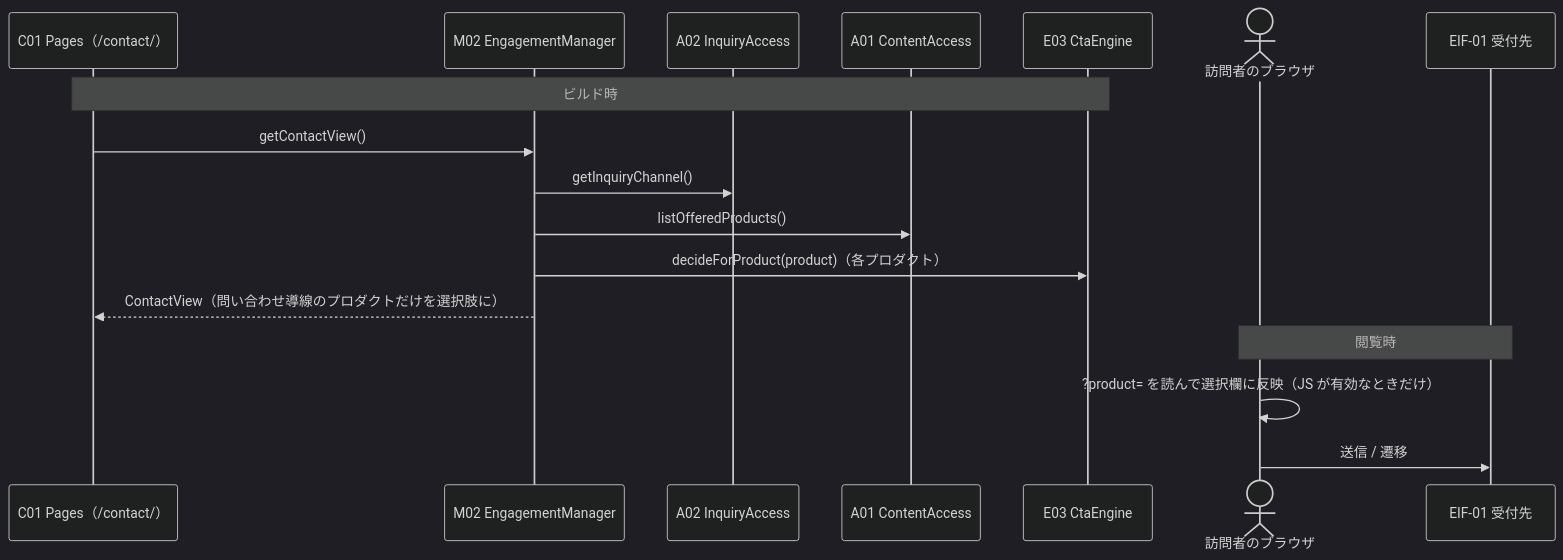
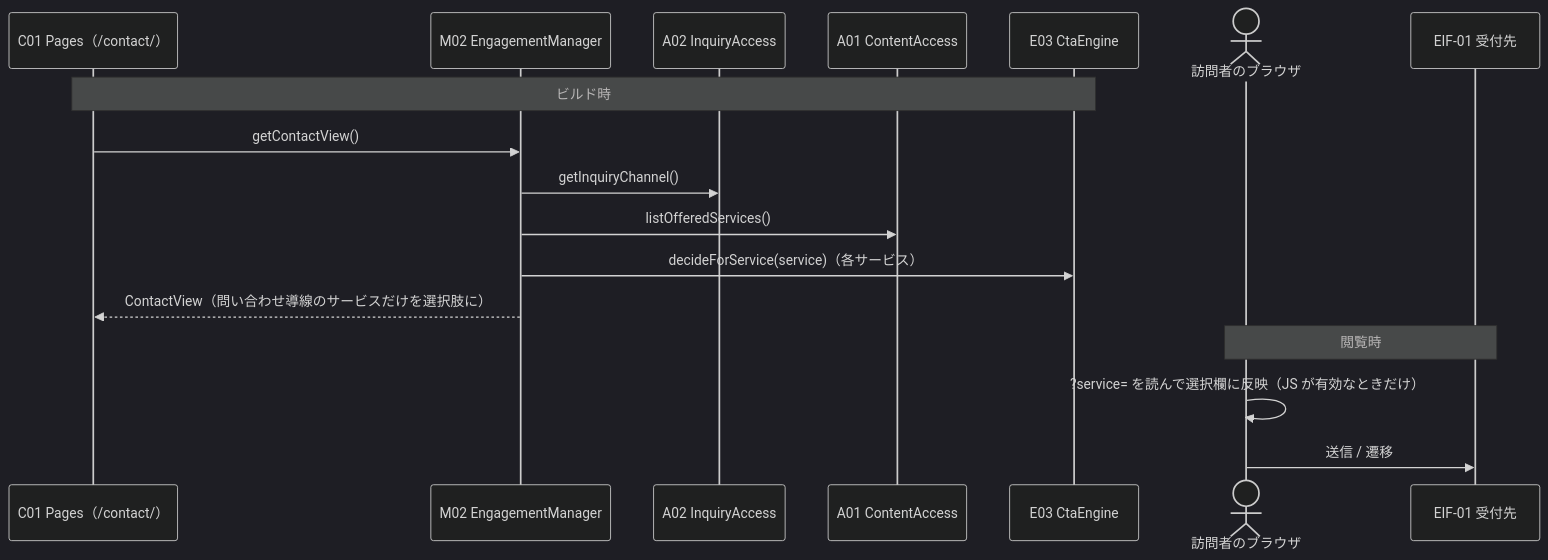
One commit to fukugyononuko/fukugyononuko.github.io changed the fourth of 6 diagrams in docs/02_basic_internal.md. Above: the diagram before and after it, drawn with Mermaid (dark theme). The commit also changed other lines of this file and 6 other files, not shown here.

````diff
--- a/docs/02_basic_internal.md
+++ b/docs/02_basic_internal.md
@@ -197,19 +197,19 @@
 ```mermaid
 sequenceDiagram
   participant P as C01 Pages（/contact/）
   participant EM as M02 EngagementManager
   participant IA as A02 InquiryAccess
   participant CA as A01 ContentAccess
   participant CT as E03 CtaEngine
   actor V as 訪問者のブラウザ
   participant EXT as EIF-01 受付先
   Note over P,CT: ビルド時
   P->>EM: getContactView()
   EM->>IA: getInquiryChannel()
-  EM->>CA: listOfferedProducts()
-  EM->>CT: decideForProduct(product)（各プロダクト）
-  EM-->>P: ContactView（問い合わせ導線のプロダクトだけを選択肢に）
+  EM->>CA: listOfferedServices()
+  EM->>CT: decideForService(service)（各サービス）
+  EM-->>P: ContactView（問い合わせ導線のサービスだけを選択肢に）
   Note over V,EXT: 閲覧時
-  V->>V: ?product= を読んで選択欄に反映（JS が有効なときだけ）
+  V->>V: ?service= を読んで選択欄に反映（JS が有効なときだけ）
   V->>EXT: 送信 / 遷移
 ```
````
